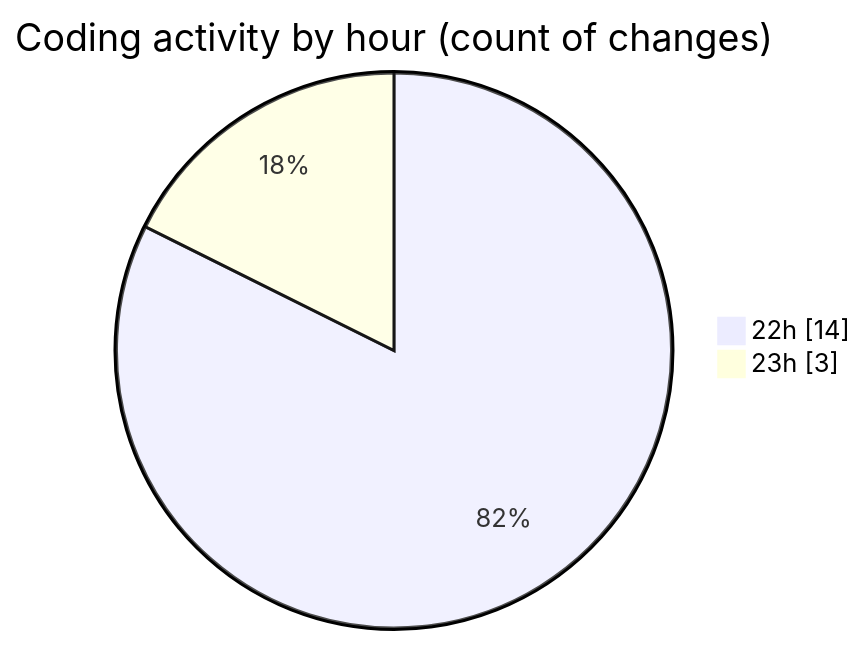
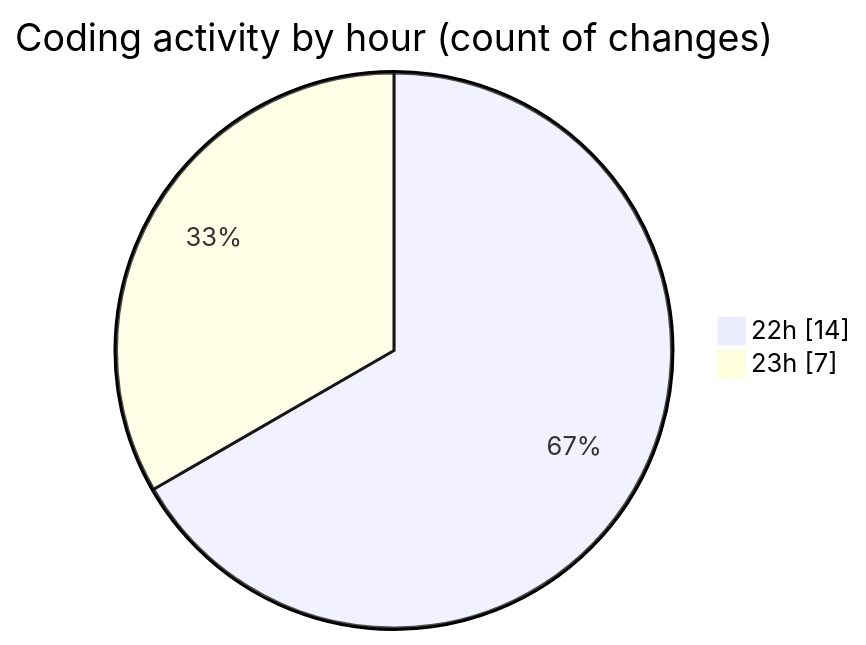
Before and after one commit to lephambinh05/code-tracking: the second of 2 diagrams in 2025-09-14/hiai-phf/README.md, drawn with Mermaid. The commit also changed other lines of this file and 1 other file, not shown here.

````diff
--- a/2025-09-14/hiai-phf/README.md
+++ b/2025-09-14/hiai-phf/README.md
@@ -39,6 +42,6 @@
 ```mermaid
 pie showData
 title Coding activity by hour (count of changes)
 "22h" : 14
-"23h" : 3
+"23h" : 7
 ```
````
